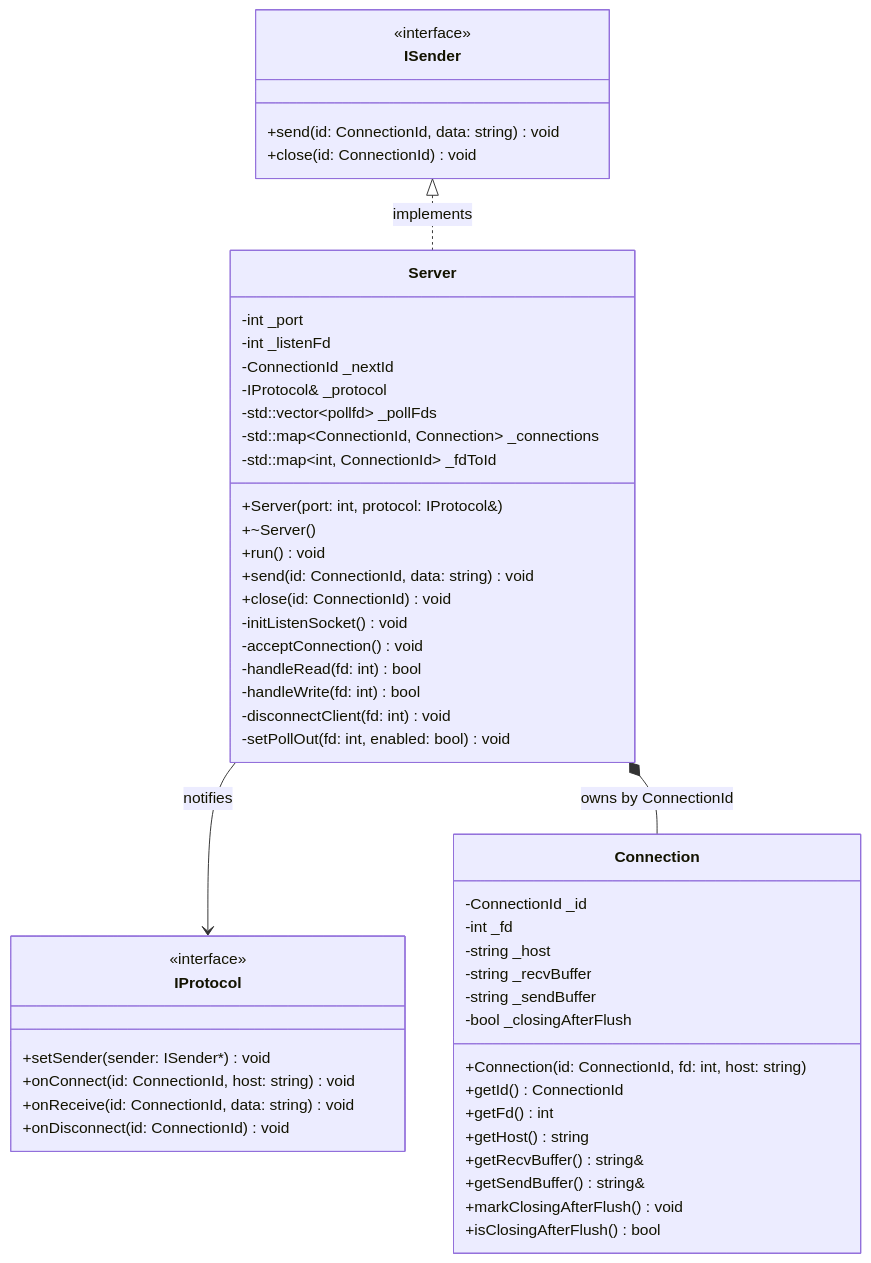
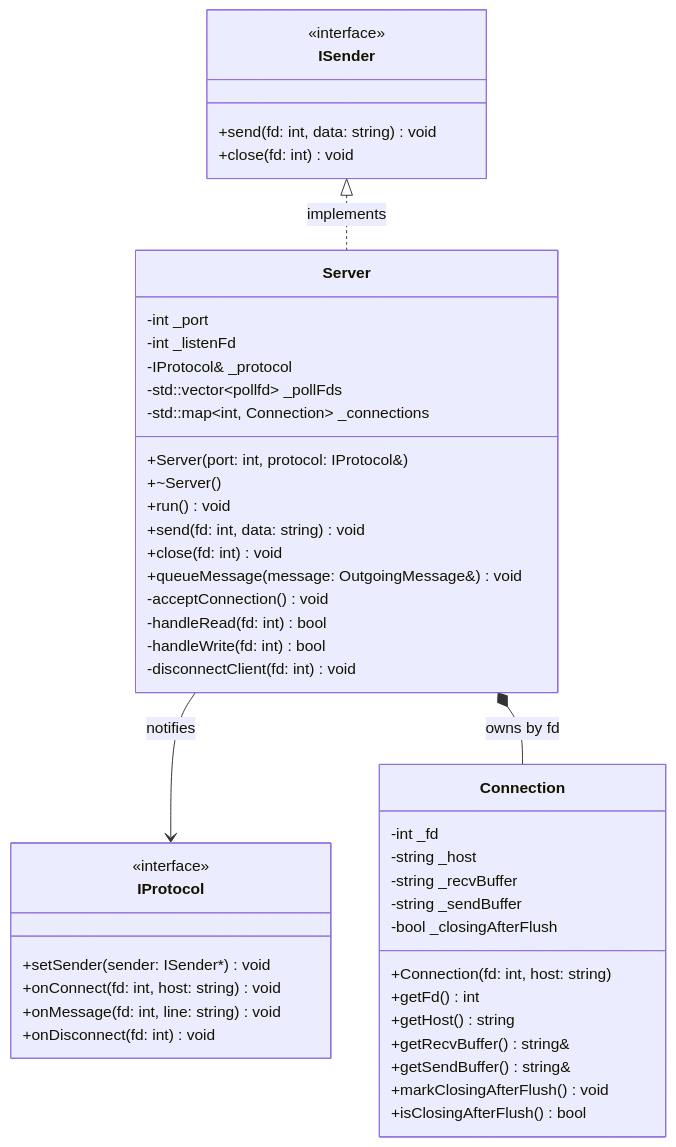
One commit to jinwoki2/ft_irc changed the third of 6 diagrams in docs/ARCHITECTURE_AND_SPRINT.md. Above: the diagram before and after it, drawn with Mermaid. The commit also changed other lines of this file and 1 other file, not shown here.

````diff
--- a/docs/ARCHITECTURE_AND_SPRINT.md
+++ b/docs/ARCHITECTURE_AND_SPRINT.md
@@ -461,60 +502,55 @@
 ```mermaid
 classDiagram
     direction TB
 
     class ISender {
         <<interface>>
-        +send(id: ConnectionId, data: string) void
-        +close(id: ConnectionId) void
+        +send(fd: int, data: string) void
+        +close(fd: int) void
     }
 
     class IProtocol {
         <<interface>>
         +setSender(sender: ISender*) void
-        +onConnect(id: ConnectionId, host: string) void
-        +onReceive(id: ConnectionId, data: string) void
-        +onDisconnect(id: ConnectionId) void
+        +onConnect(fd: int, host: string) void
+        +onMessage(fd: int, line: string) void
+        +onDisconnect(fd: int) void
     }
 
     class Server {
         -int _port
         -int _listenFd
-        -ConnectionId _nextId
         -IProtocol& _protocol
         -std::vector~pollfd~ _pollFds
-        -std::map~ConnectionId, Connection~ _connections
-        -std::map~int, ConnectionId~ _fdToId
+        -std::map~int, Connection~ _connections
         +Server(port: int, protocol: IProtocol&)
         +~Server()
         +run() void
-        +send(id: ConnectionId, data: string) void
-        +close(id: ConnectionId) void
-        -initListenSocket() void
+        +send(fd: int, data: string) void
+        +close(fd: int) void
+        +queueMessage(message: OutgoingMessage&) void
         -acceptConnection() void
         -handleRead(fd: int) bool
         -handleWrite(fd: int) bool
         -disconnectClient(fd: int) void
-        -setPollOut(fd: int, enabled: bool) void
     }
 
     class Connection {
-        -ConnectionId _id
         -int _fd
         -string _host
         -string _recvBuffer
         -string _sendBuffer
         -bool _closingAfterFlush
-        +Connection(id: ConnectionId, fd: int, host: string)
-        +getId() ConnectionId
+        +Connection(fd: int, host: string)
         +getFd() int
         +getHost() string
         +getRecvBuffer() string&
         +getSendBuffer() string&
         +markClosingAfterFlush() void
         +isClosingAfterFlush() bool
     }
 
     ISender <|.. Server : implements
     Server --> IProtocol : notifies
-    Server *-- Connection : owns by ConnectionId
+    Server *-- Connection : owns by fd
 ```
````
